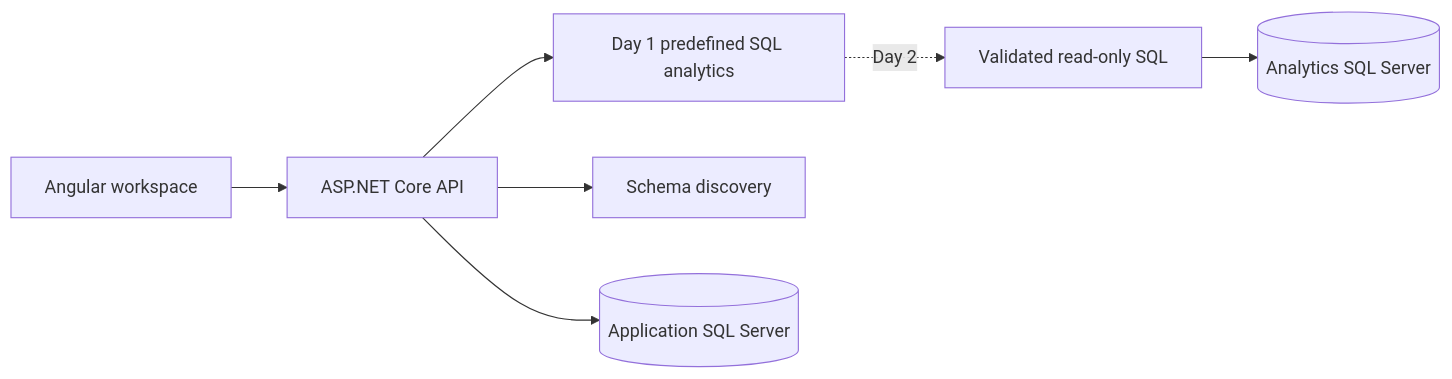
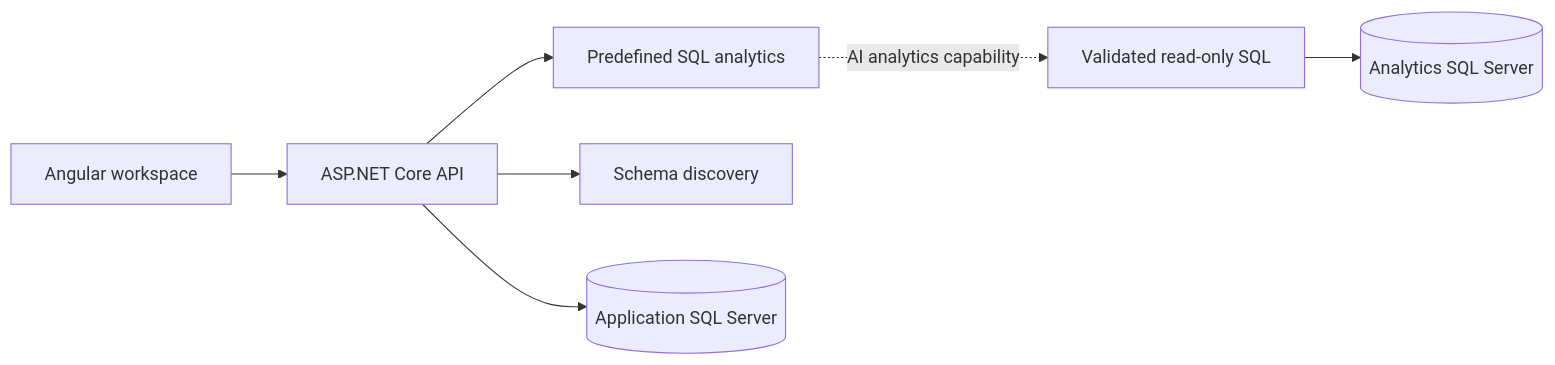
One commit to sakthere/QueryMind changed the diagram in docs/architecture.md. Above: the diagram before and after it, drawn with Mermaid. The commit also changed 6 other files, not shown here.

````diff
--- a/docs/architecture.md
+++ b/docs/architecture.md
@@ -5,9 +5,9 @@
 ```mermaid
 flowchart LR
  UI[Angular workspace] --> API[ASP.NET Core API]
- API --> D[Day 1 predefined SQL analytics]
+ API --> D[Predefined SQL analytics]
  API --> S[Schema discovery]
- D -. Day 2 .-> Q[Validated read-only SQL]
+ D -. AI analytics capability .-> Q[Validated read-only SQL]
  Q --> A[(Analytics SQL Server)]
  API --> APP[(Application SQL Server)]
 ```
````
